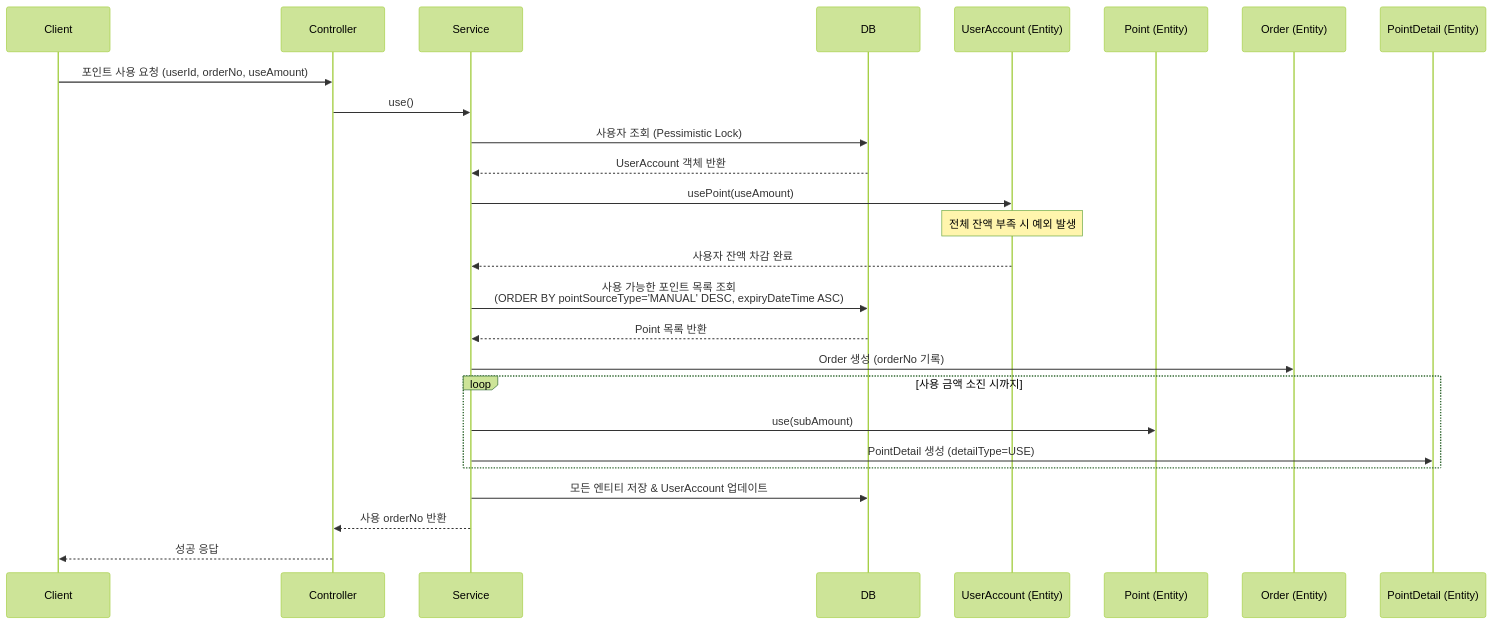
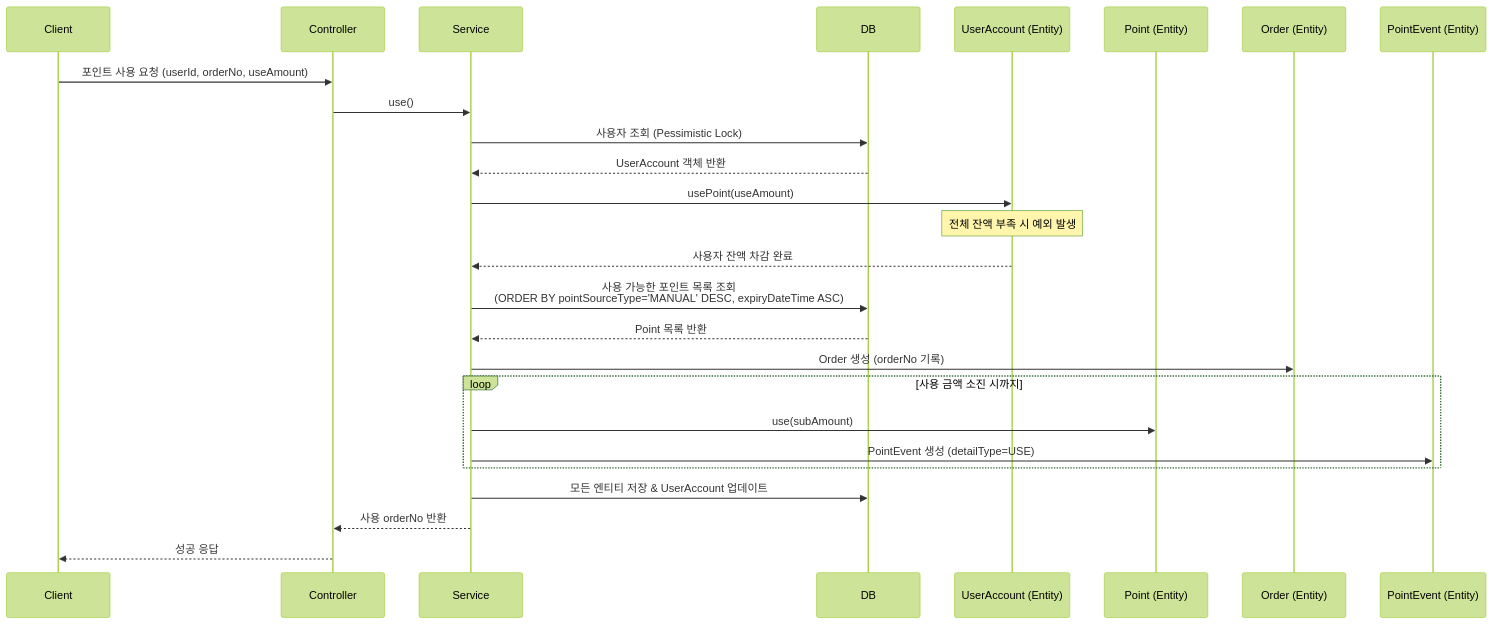
One commit to muzzaiwork/point changed the diagram in docs/api/사용.md. Above: the diagram before and after it, drawn with Mermaid (forest theme). The commit also changed other lines of this file and 15 other files, not shown here.

Commit message:
PointEvent 도입 및 rootPointId 추가 등 설계 변경 사항 반영

````diff
--- a/docs/api/사용.md
+++ b/docs/api/사용.md
@@ -57,32 +57,32 @@
 ```mermaid
 sequenceDiagram
     participant Client
     participant Controller
     participant Service
     participant DB
     participant UserAccountEntity as UserAccount (Entity)
     participant PointEntity as Point (Entity)
     participant OrderEntity as Order (Entity)
-    participant DetailEntity as PointDetail (Entity)
+    participant EventEntity as PointEvent (Entity)
 
     Client->>Controller: 포인트 사용 요청 (userId, orderNo, useAmount)
     Controller->>Service: use()
     Service->>DB: 사용자 조회 (Pessimistic Lock)
     DB-->>Service: UserAccount 객체 반환
     Service->>UserAccountEntity: usePoint(useAmount)
     Note over UserAccountEntity: 전체 잔액 부족 시 예외 발생
     UserAccountEntity-->>Service: 사용자 잔액 차감 완료
     
     Service->>DB: 사용 가능한 포인트 목록 조회<br/>(ORDER BY pointSourceType='MANUAL' DESC, expiryDateTime ASC)
     DB-->>Service: Point 목록 반환
     
     Service->>OrderEntity: Order 생성 (orderNo 기록)
     loop 사용 금액 소진 시까지
         Service->>PointEntity: use(subAmount)
-        Service->>DetailEntity: PointDetail 생성 (detailType=USE)
+        Service->>EventEntity: PointEvent 생성 (detailType=USE)
     end
     
     Service->>DB: 모든 엔티티 저장 & UserAccount 업데이트
     Service-->>Controller: 사용 orderNo 반환
     Controller-->>Client: 성공 응답
 ```
````
